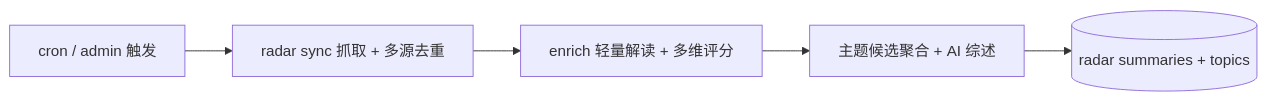
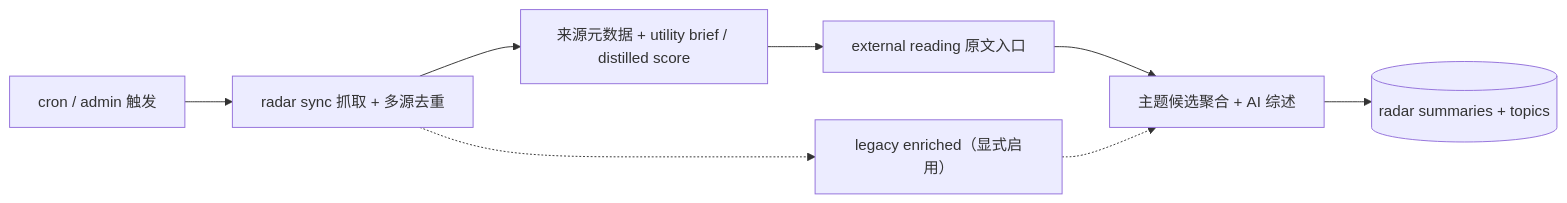
The second of 2 diagrams in docs/ARCHITECTURE.md (csbpku/deep_research), drawn with Mermaid before and after one commit. The commit also changed other lines of this file and 175 other files, not shown here.

````diff
--- a/docs/ARCHITECTURE.md
+++ b/docs/ARCHITECTURE.md
@@ -204,10 +204,13 @@
 ```mermaid
 flowchart LR
     T["cron / admin 触发"]
     Sync["radar sync 抓取 + 多源去重"]
-    Enrich["enrich 轻量解读 + 多维评分"]
+    Metadata["来源元数据 + utility brief / distilled score"]
+    Reader["external reading 原文入口"]
+    Enrich["legacy enriched（显式启用）"]
     Topics["主题候选聚合 + AI 综述"]
     Store[("radar summaries + topics")]
 
-    T --> Sync --> Enrich --> Topics --> Store
+    T --> Sync --> Metadata --> Reader --> Topics --> Store
+    Sync -.-> Enrich -.-> Topics
 ```
````
